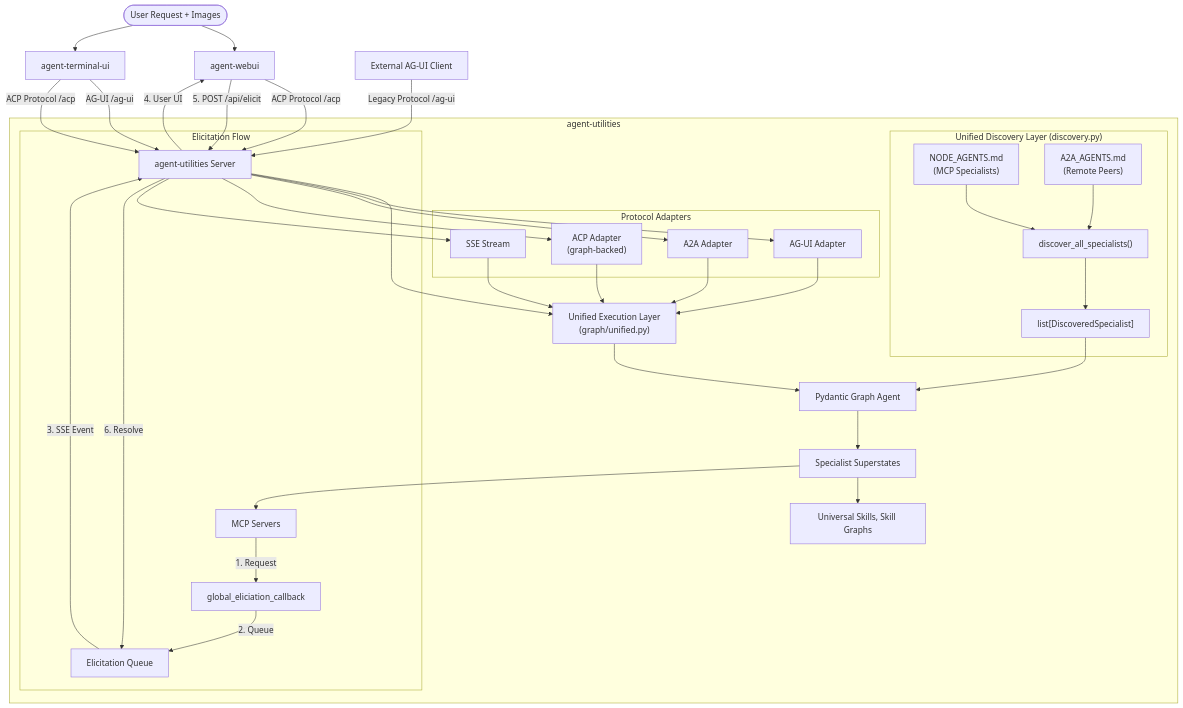
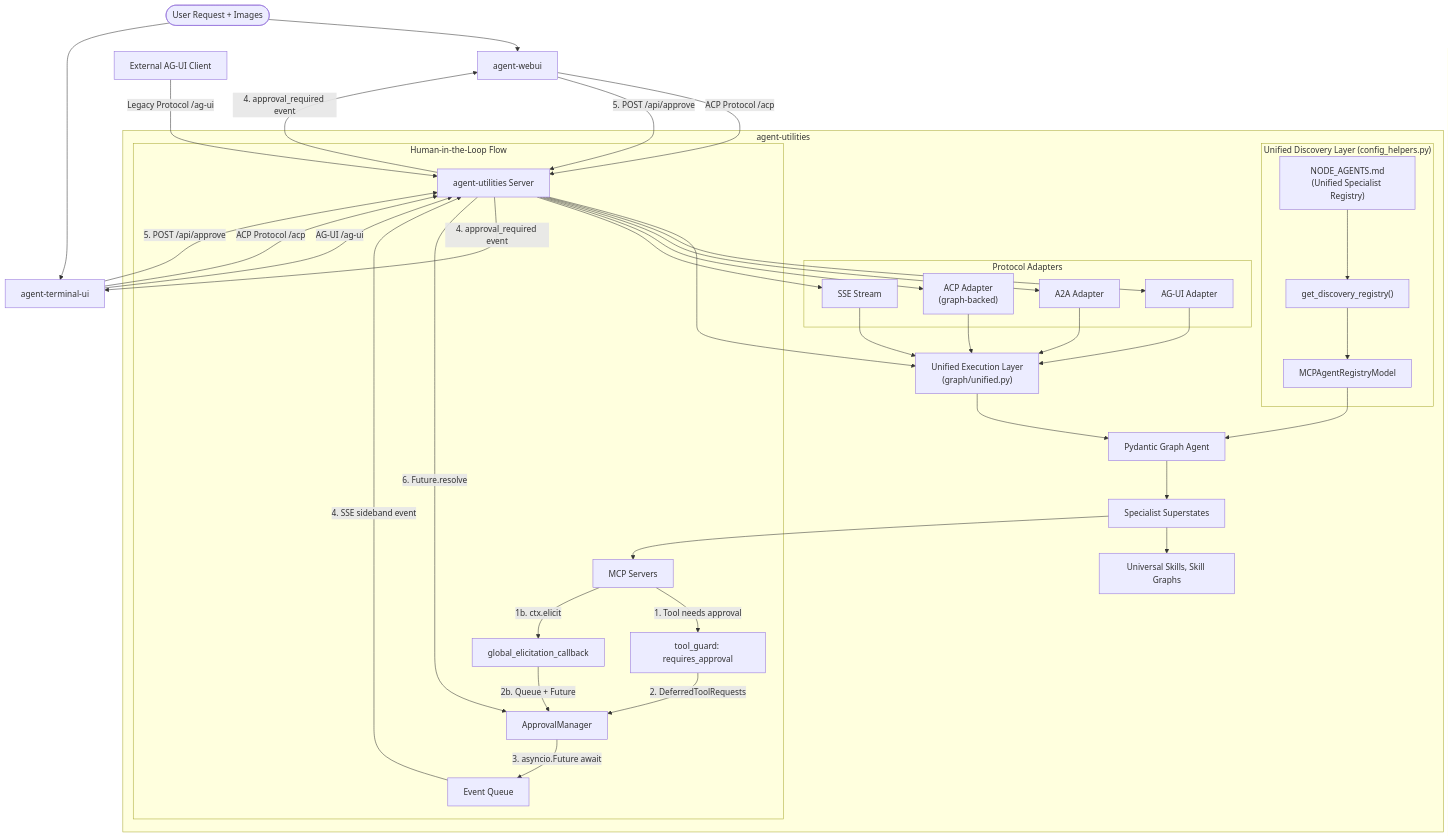
One commit to Knuckles-Team/agent-utilities changed the second of 5 diagrams in AGENTS.md. Above: the diagram before and after it, drawn with Mermaid. The commit also changed other lines of this file and 103 other files, not shown here.

````diff
--- a/AGENTS.md
+++ b/AGENTS.md
@@ -88,54 +88,57 @@
 ```mermaid
 graph TD
     User([User Request + Images]) --> WebUI[agent-webui]
     User --> TUI[agent-terminal-ui]
     WebUI -- ACP Protocol /acp --> Backend[agent-utilities Server]
     TUI -- AG-UI /ag-ui --> Backend
     TUI -- ACP Protocol /acp --> Backend
     External[External AG-UI Client] -- Legacy Protocol /ag-ui --> Backend
 
     subgraph AgentUtilities [agent-utilities]
         Backend --> UnifiedExec["Unified Execution Layer<br/>(graph/unified.py)"]
         UnifiedExec --> Graph[Pydantic Graph Agent]
 
         subgraph ProtocolAdapters [Protocol Adapters]
             AGUI_Adapter[AG-UI Adapter]
             ACP_Adapter["ACP Adapter<br/>(graph-backed)"]
             SSE_Adapter[SSE Stream]
             A2A_Adapter[A2A Adapter]
         end
 
         Backend --> AGUI_Adapter
         Backend --> A2A_Adapter
         Backend --> ACP_Adapter
         Backend --> SSE_Adapter
         AGUI_Adapter --> UnifiedExec
         A2A_Adapter --> UnifiedExec
         ACP_Adapter --> UnifiedExec
         SSE_Adapter --> UnifiedExec
 
-        subgraph UnifiedDiscovery ["Unified Discovery Layer (discovery.py)"]
-            DAL["discover_all_specialists()"]
-            NodeAgents["NODE_AGENTS.md<br/>(MCP Specialists)"]
-            A2AAgents["A2A_AGENTS.md<br/>(Remote Peers)"]
+        subgraph UnifiedDiscovery ["Unified Discovery Layer (config_helpers.py)"]
+            DAL["get_discovery_registry()"]
+            NodeAgents["NODE_AGENTS.md<br/>(Unified Specialist Registry)"]
             NodeAgents --> DAL
-            A2AAgents --> DAL
-            DAL --> DSRoster["list[DiscoveredSpecialist]"]
+            DAL --> DSRoster["MCPAgentRegistryModel"]
         end
 
         DSRoster --> Graph
         Graph --> Specialists[Specialist Superstates]
         Specialists --> MCP[MCP Servers]
         Specialists --> Skills[Universal Skills, Skill Graphs]
 
-        subgraph ElicitationFlow [Elicitation Flow]
-            MCP -- 1. Request --> GEC[global_eliciation_callback]
-            GEC -- 2. Queue --> EQ[Elicitation Queue]
-            EQ -- 3. SSE Event --> Backend
+        subgraph ElicitationFlow [Human-in-the-Loop Flow]
+            MCP -- 1. Tool needs approval --> TG[tool_guard: requires_approval]
+            TG -- 2. DeferredToolRequests --> AM[ApprovalManager]
+            AM -- 3. asyncio.Future await --> EQ[Event Queue]
+            EQ -- 4. SSE sideband event --> Backend
+            MCP -- 1b. ctx.elicit --> GEC[global_elicitation_callback]
+            GEC -- 2b. Queue + Future --> AM
         end
     end
 
-    Backend -- 4. User UI --> WebUI
-    WebUI -- 5. POST /api/elicit --> Backend
-    Backend -- 6. Resolve --> EQ
+    Backend -- 4. approval_required event --> WebUI
+    Backend -- 4. approval_required event --> TUI
+    WebUI -- 5. POST /api/approve --> Backend
+    TUI -- 5. POST /api/approve --> Backend
+    Backend -- 6. Future.resolve --> AM
 ```
````
